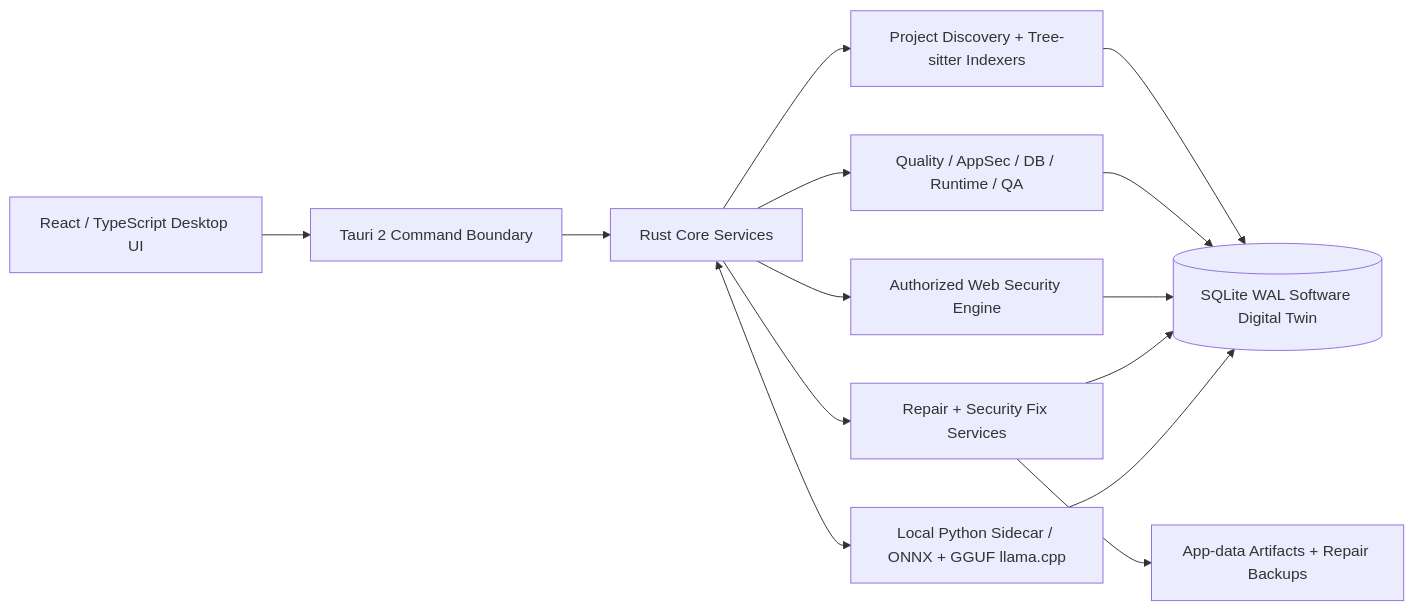
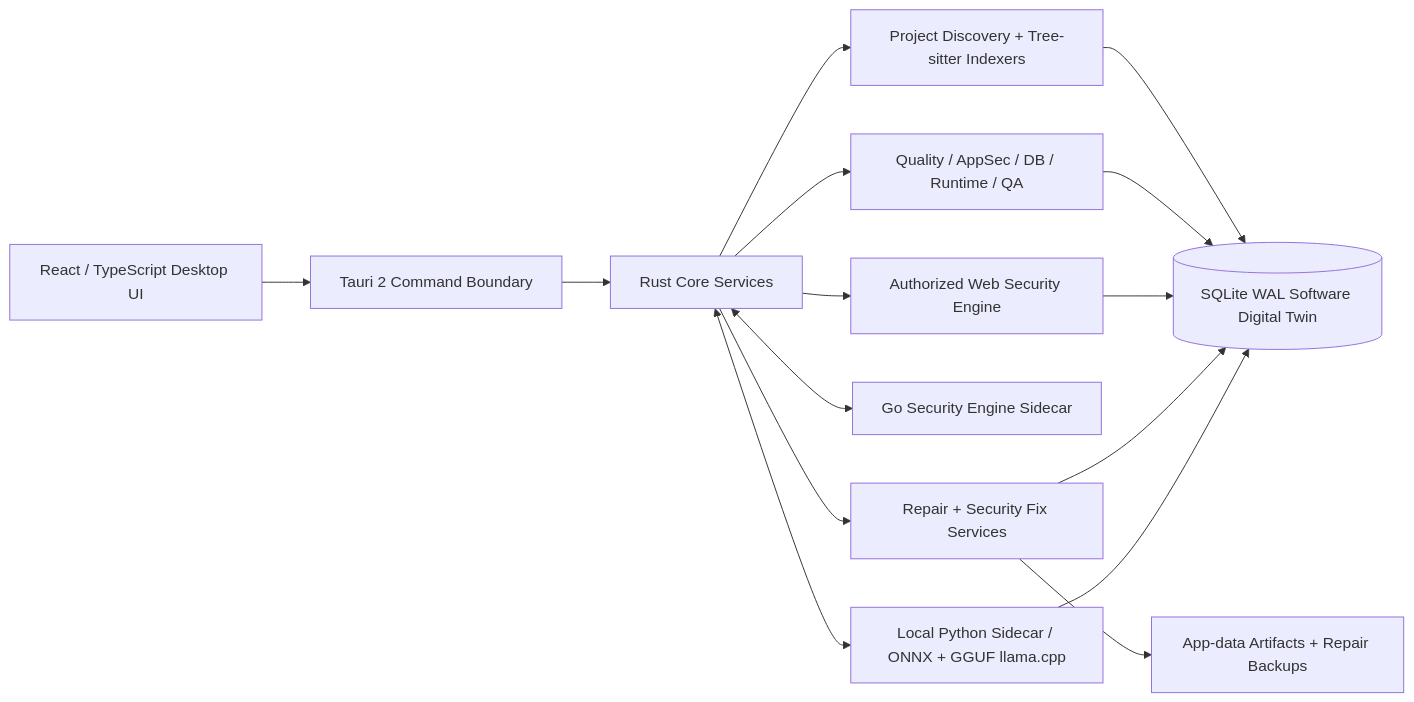
The diagram in README.md (smshagor-dev/CodeTwin-ML), drawn with Mermaid before and after one commit. The commit also changed other lines of this file and 61 other files, not shown here.

```diff
--- a/README.md
+++ b/README.md
@@ -343,27 +207,29 @@
 ~~~mermaid
 flowchart LR
     UI[React / TypeScript Desktop UI]
     TAURI[Tauri 2 Command Boundary]
     CORE[Rust Core Services]
     DB[(SQLite WAL Software Digital Twin)]
     INDEX[Project Discovery + Tree-sitter Indexers]
     ANALYZERS[Quality / AppSec / DB / Runtime / QA]
     WEB[Authorized Web Security Engine]
+    GO[Go Security Engine Sidecar]
     REPAIR[Repair + Security Fix Services]
     ML[Local Python Sidecar / ONNX + GGUF llama.cpp]
     ART[App-data Artifacts + Repair Backups]
 
     UI --> TAURI
     TAURI --> CORE
     CORE --> INDEX
     INDEX --> DB
     CORE --> ANALYZERS
     ANALYZERS --> DB
     CORE --> WEB
     WEB --> DB
+    CORE <--> GO
     CORE --> REPAIR
     REPAIR --> DB
     REPAIR --> ART
     CORE <--> ML
     ML --> DB
 ~~~
```
